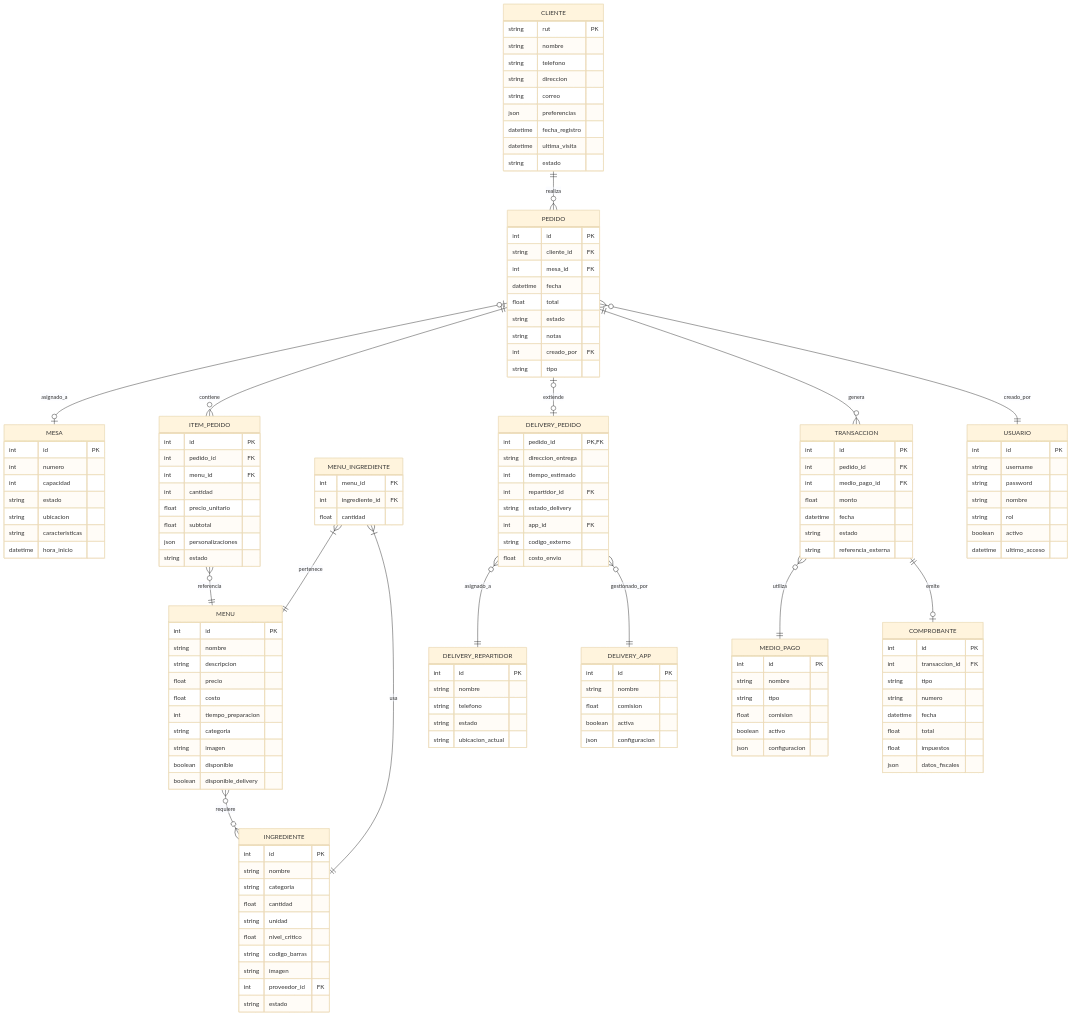
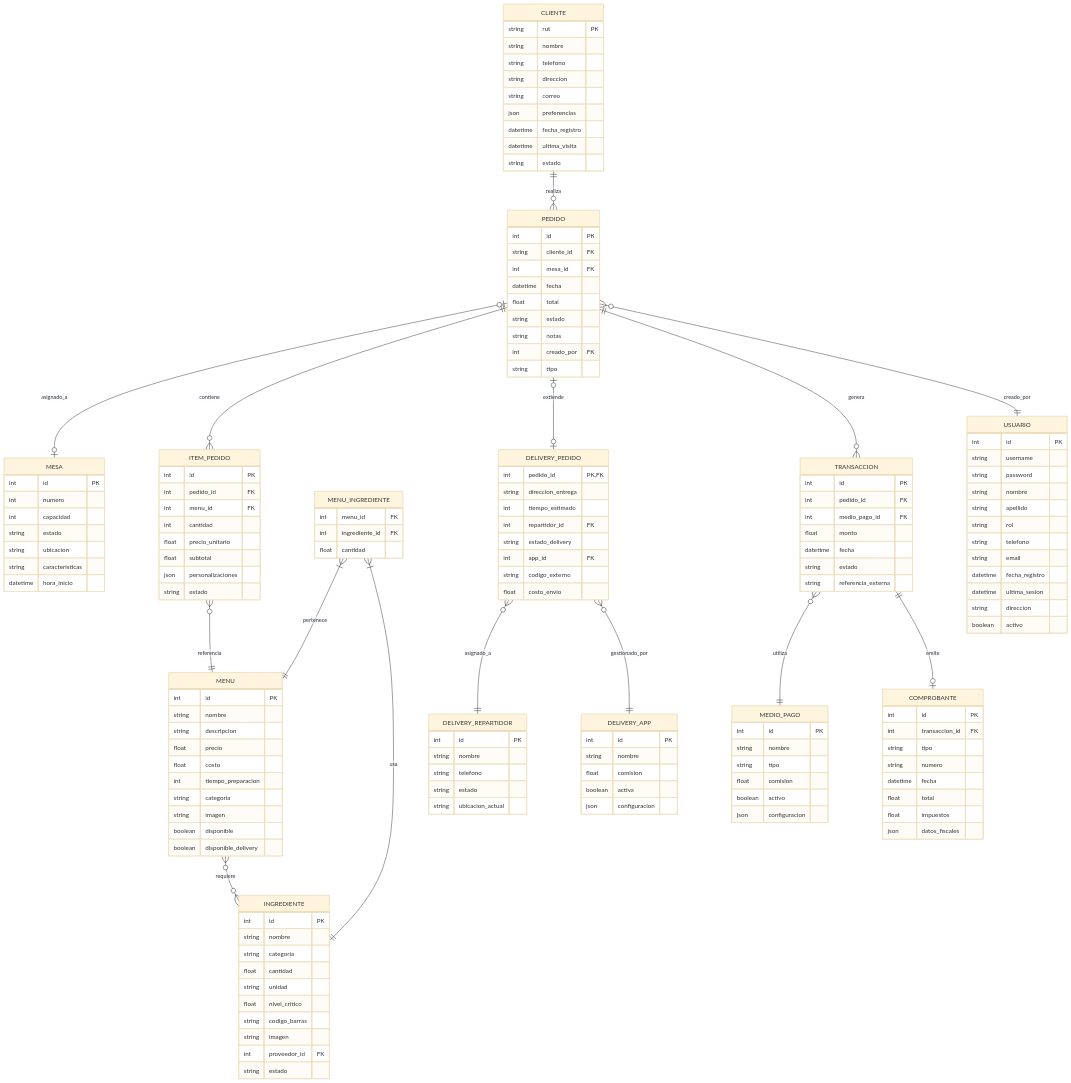
One commit to Fabo01/Dise-o_Software changed the eighth of 12 diagrams in Sistema_Restaurante/Docs/Diagramas/Diagramas.md. Above: the diagram before and after it, drawn with Mermaid (base theme). The commit also changed other lines of this file and 8 other files, not shown here.

```diff
--- a/Sistema_Restaurante/Docs/Diagramas/Diagramas.md
+++ b/Sistema_Restaurante/Docs/Diagramas/Diagramas.md
@@ -951,9 +959,14 @@
         string username
         string password
         string nombre
+        string apellido
         string rol
+        string telefono
+        string email
+        datetime fecha_registro
+        datetime ultima_sesion
+        string direccion
         boolean activo
-        datetime ultimo_acceso
     }
     
     CLIENTE ||--o{ PEDIDO : realiza
```
